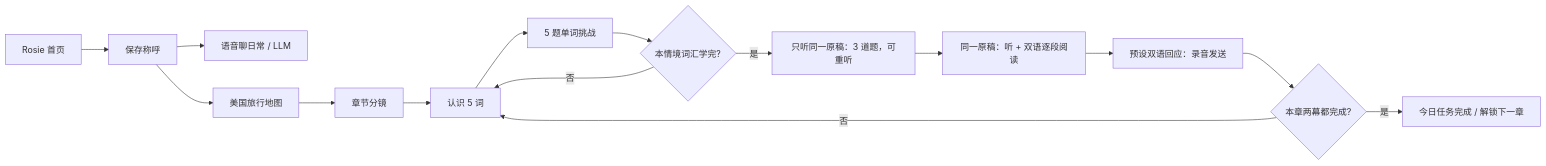
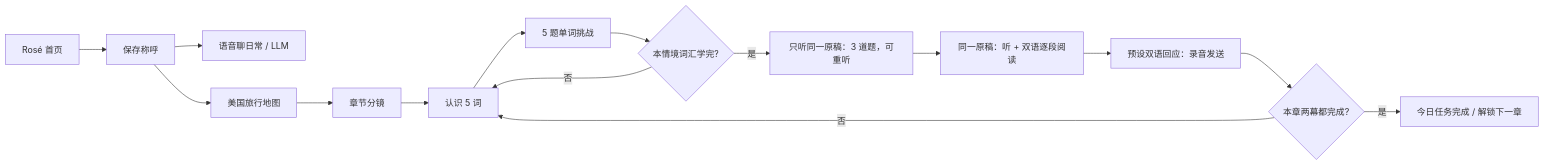
Before and after one commit to JackZhong1998/personal-Agent: the diagram in docs/ROSIE_PRODUCT.md, drawn with Mermaid. The commit also changed other lines of this file and 25 other files, not shown here.

````diff
--- a/docs/ROSIE_PRODUCT.md
+++ b/docs/ROSIE_PRODUCT.md
@@ -10,17 +17,17 @@
 ```mermaid
 flowchart LR
-  A[Rosie 首页] --> B[保存称呼]
+  A[Rosé 首页] --> B[保存称呼]
   B --> C[语音聊日常 / LLM]
   B --> D[美国旅行地图]
   D --> E[章节分镜]
   E --> F[认识 5 词]
   F --> G[5 题单词挑战]
   G --> H{本情境词汇学完?}
   H -- 否 --> F
   H -- 是 --> I[只听同一原稿：3 道题，可重听]
   I --> J[同一原稿：听 + 双语逐段阅读]
   J --> K[预设双语回应：录音发送]
   K --> L{本章两幕都完成?}
   L -- 否 --> F
   L -- 是 --> M[今日任务完成 / 解锁下一章]
 ```
````
